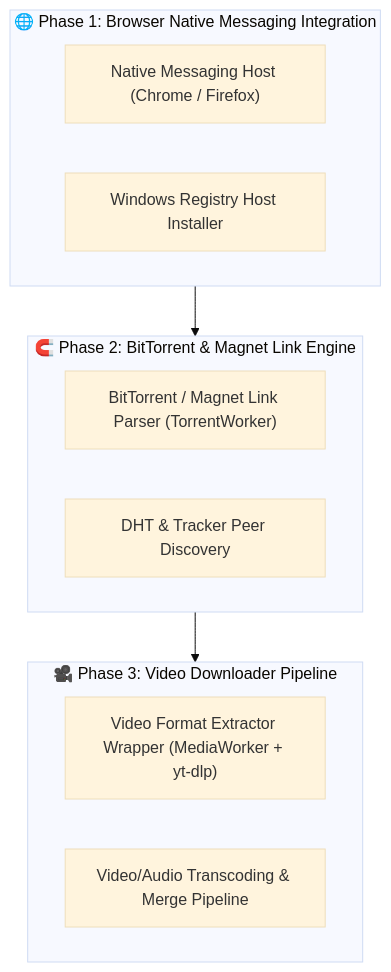
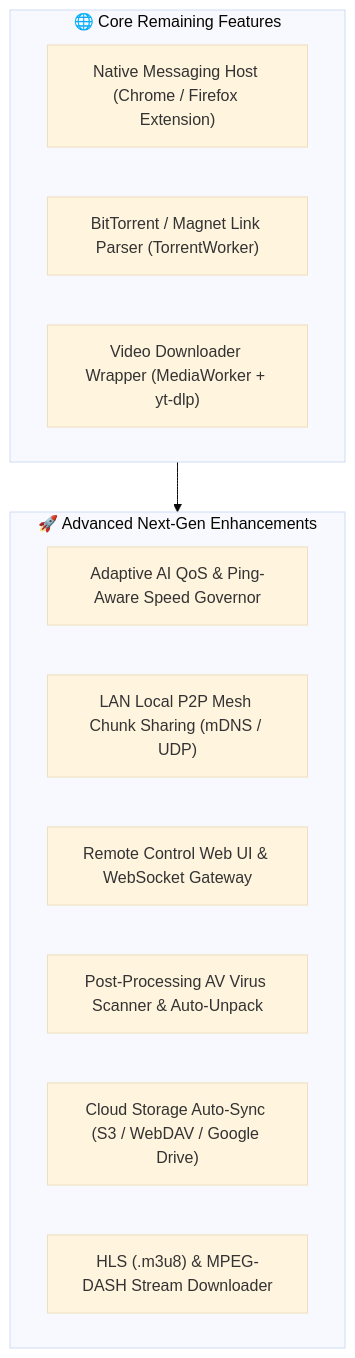
One commit to HawkdotDev/grabbit changed the diagram in implementation_plan.md. Above: the diagram before and after it, drawn with Mermaid (base theme). The commit also changed other lines of this file, not shown here.

Commit message:
docs: add advanced next-gen features section to implementation plan

````diff
--- a/implementation_plan.md
+++ b/implementation_plan.md
@@ -9,20 +9,19 @@
 ```mermaid
 graph TB
-    subgraph Phase1["🌐 Phase 1: Browser Native Messaging Integration"]
-        NMH["Native Messaging Host (Chrome / Firefox)"]
-        ExtensionInstaller["Windows Registry Host Installer"]
+    subgraph Core["🌐 Core Remaining Features"]
+        NMH["Native Messaging Host (Chrome / Firefox Extension)"]
+        MagnetWorker["BitTorrent / Magnet Link Parser (TorrentWorker)"]
+        YtDlpWorker["Video Downloader Wrapper (MediaWorker + yt-dlp)"]
     end
 
-    subgraph Phase2["🧲 Phase 2: BitTorrent & Magnet Link Engine"]
-        MagnetWorker["BitTorrent / Magnet Link Parser (TorrentWorker)"]
-        TrackerDiscovery["DHT & Tracker Peer Discovery"]
+    subgraph Advanced["🚀 Advanced Next-Gen Enhancements"]
+        AdaptiveQoS["Adaptive AI QoS & Ping-Aware Speed Governor"]
+        LocalMesh["LAN Local P2P Mesh Chunk Sharing (mDNS / UDP)"]
+        RemoteWebUI["Remote Control Web UI & WebSocket Gateway"]
+        AutoPostProcess["Post-Processing AV Virus Scanner & Auto-Unpack"]
+        CloudSync["Cloud Storage Auto-Sync (S3 / WebDAV / Google Drive)"]
+        HlsStream["HLS (.m3u8) & MPEG-DASH Stream Downloader"]
     end
 
-    subgraph Phase3["🎥 Phase 3: Video Downloader Pipeline"]
-        YtDlpWorker["Video Format Extractor Wrapper (MediaWorker + yt-dlp)"]
-        StreamPipeline["Video/Audio Transcoding & Merge Pipeline"]
-    end
-
-    Phase1 --> Phase2
-    Phase2 --> Phase3
+    Core --> Advanced
 ```
````
